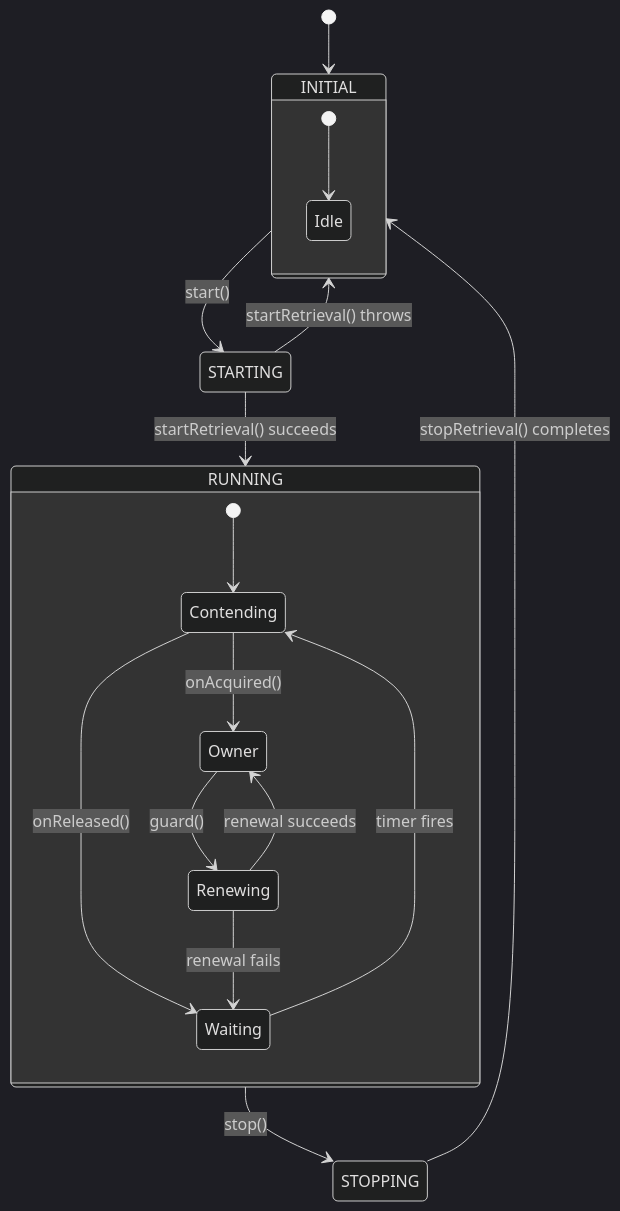
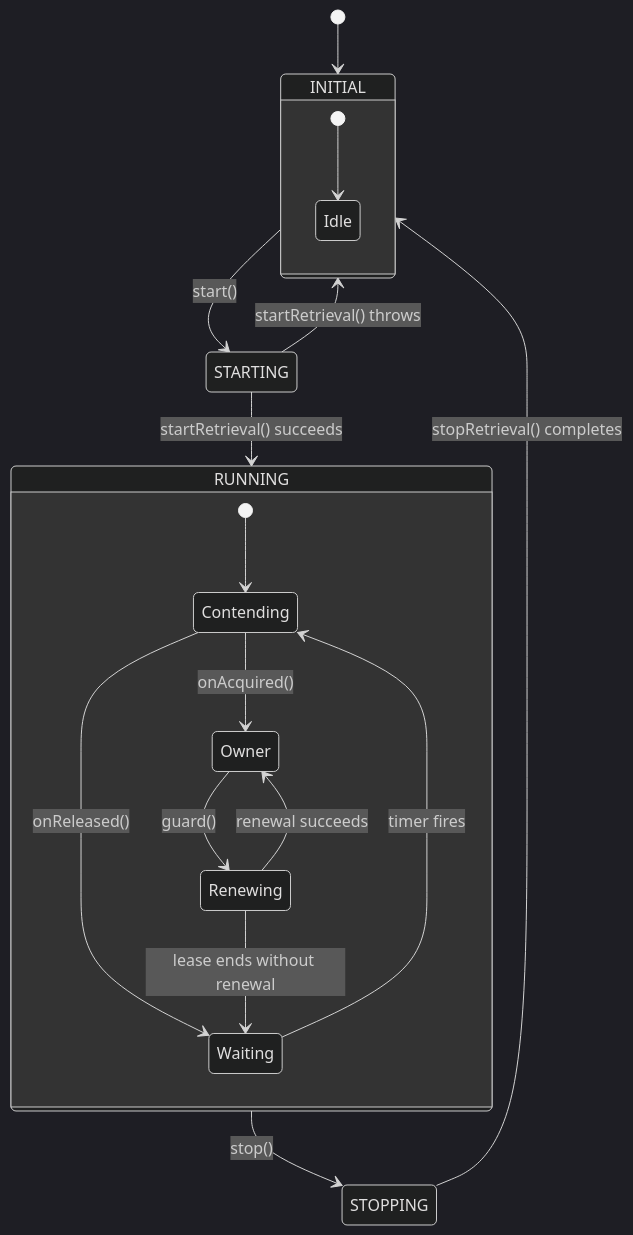
One commit to Ahoo-Wang/Simba changed the third of 3 diagrams in wiki/guide/index.md. Above: the diagram before and after it, drawn with Mermaid (dark theme). The commit also changed 17 other files, not shown here.

````diff
--- a/wiki/guide/index.md
+++ b/wiki/guide/index.md
@@ -174,23 +174,23 @@
 ```mermaid
 stateDiagram-v2
     [*] --> INITIAL
     INITIAL --> STARTING : start()
     STARTING --> RUNNING : startRetrieval() succeeds
     STARTING --> INITIAL : startRetrieval() throws
     RUNNING --> STOPPING : stop()
     STOPPING --> INITIAL : stopRetrieval() completes
 
     state INITIAL {
         [*] --> Idle
     }
 
     state RUNNING {
         [*] --> Contending
         Contending --> Owner : onAcquired()
         Contending --> Waiting : onReleased()
         Owner --> Renewing : guard()
         Renewing --> Owner : renewal succeeds
-        Renewing --> Waiting : renewal fails
+        Renewing --> Waiting : lease ends without renewal
         Waiting --> Contending : timer fires
     }
 ```
````
